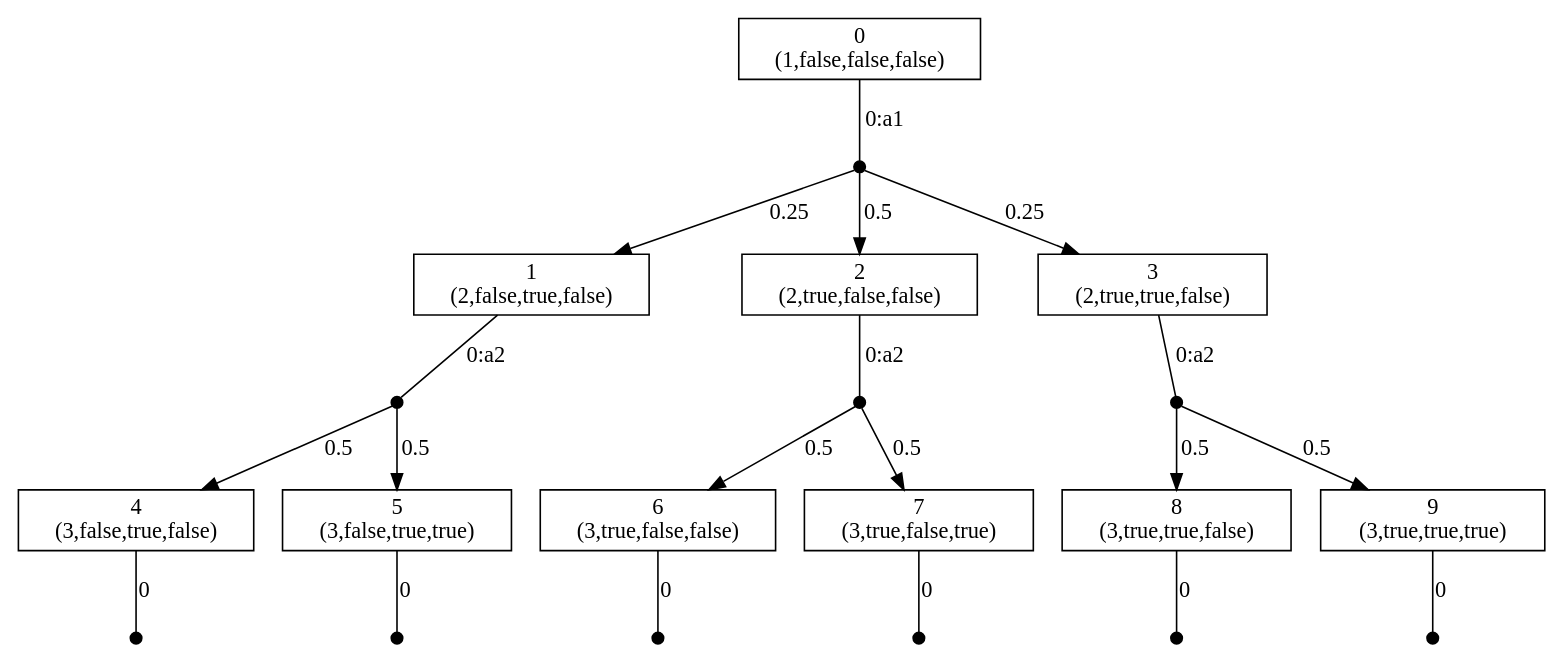
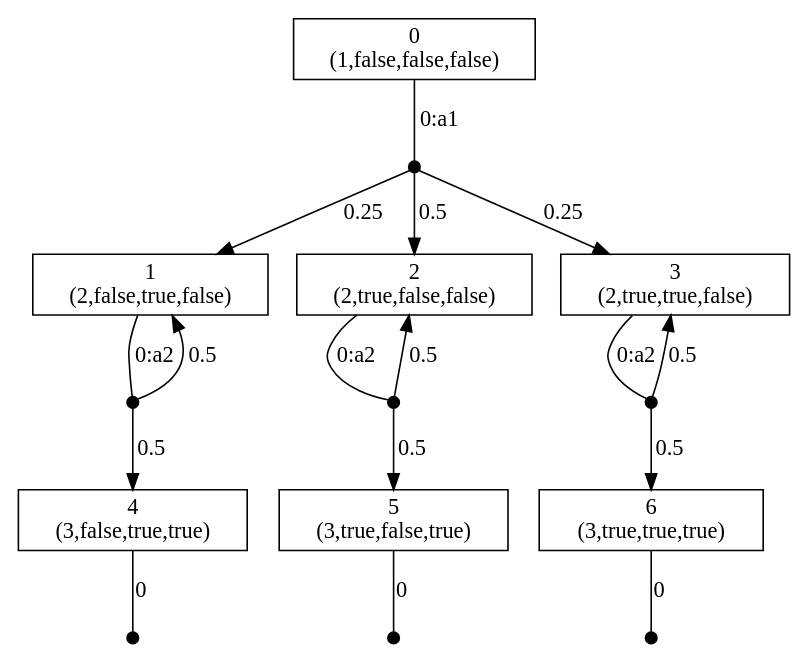
Before and after one commit to mahalageeta/DSTG-PRISM: the diagram in mdp.dot, drawn with Graphviz. The commit also changed 7 other files, not shown here.

```diff
--- a/mdp.dot
+++ b/mdp.dot
@@ -1,42 +1,33 @@
 digraph MDP {
 node [label="",shape="box"];
 0 [label="0\n(1,false,false,false)"];
 0 -> n0_0  [label="0:a1",arrowhead="none"];
 n0_0 [ shape=point,width=0.1,height=0.1,label="" ];
 n0_0 -> 1  [label="0.25"];
 n0_0 -> 2  [label="0.5"];
 n0_0 -> 3  [label="0.25"];
 1 [label="1\n(2,false,true,false)"];
 1 -> n1_0  [label="0:a2",arrowhead="none"];
 n1_0 [ shape=point,width=0.1,height=0.1,label="" ];
+n1_0 -> 1  [label="0.5"];
 n1_0 -> 4  [label="0.5"];
-n1_0 -> 5  [label="0.5"];
 2 [label="2\n(2,true,false,false)"];
 2 -> n2_0  [label="0:a2",arrowhead="none"];
 n2_0 [ shape=point,width=0.1,height=0.1,label="" ];
-n2_0 -> 6  [label="0.5"];
-n2_0 -> 7  [label="0.5"];
+n2_0 -> 2  [label="0.5"];
+n2_0 -> 5  [label="0.5"];
 3 [label="3\n(2,true,true,false)"];
 3 -> n3_0  [label="0:a2",arrowhead="none"];
 n3_0 [ shape=point,width=0.1,height=0.1,label="" ];
-n3_0 -> 8  [label="0.5"];
-n3_0 -> 9  [label="0.5"];
-4 [label="4\n(3,false,true,false)"];
+n3_0 -> 3  [label="0.5"];
+n3_0 -> 6  [label="0.5"];
+4 [label="4\n(3,false,true,true)"];
 4 -> n4_0  [label="0",arrowhead="none"];
 n4_0 [ shape=point,width=0.1,height=0.1,label="" ];
-5 [label="5\n(3,false,true,true)"];
+5 [label="5\n(3,true,false,true)"];
 5 -> n5_0  [label="0",arrowhead="none"];
 n5_0 [ shape=point,width=0.1,height=0.1,label="" ];
-6 [label="6\n(3,true,false,false)"];
+6 [label="6\n(3,true,true,true)"];
 6 -> n6_0  [label="0",arrowhead="none"];
 n6_0 [ shape=point,width=0.1,height=0.1,label="" ];
-7 [label="7\n(3,true,false,true)"];
-7 -> n7_0  [label="0",arrowhead="none"];
-n7_0 [ shape=point,width=0.1,height=0.1,label="" ];
-8 [label="8\n(3,true,true,false)"];
-8 -> n8_0  [label="0",arrowhead="none"];
-n8_0 [ shape=point,width=0.1,height=0.1,label="" ];
-9 [label="9\n(3,true,true,true)"];
-9 -> n9_0  [label="0",arrowhead="none"];
-n9_0 [ shape=point,width=0.1,height=0.1,label="" ];
 }
```
